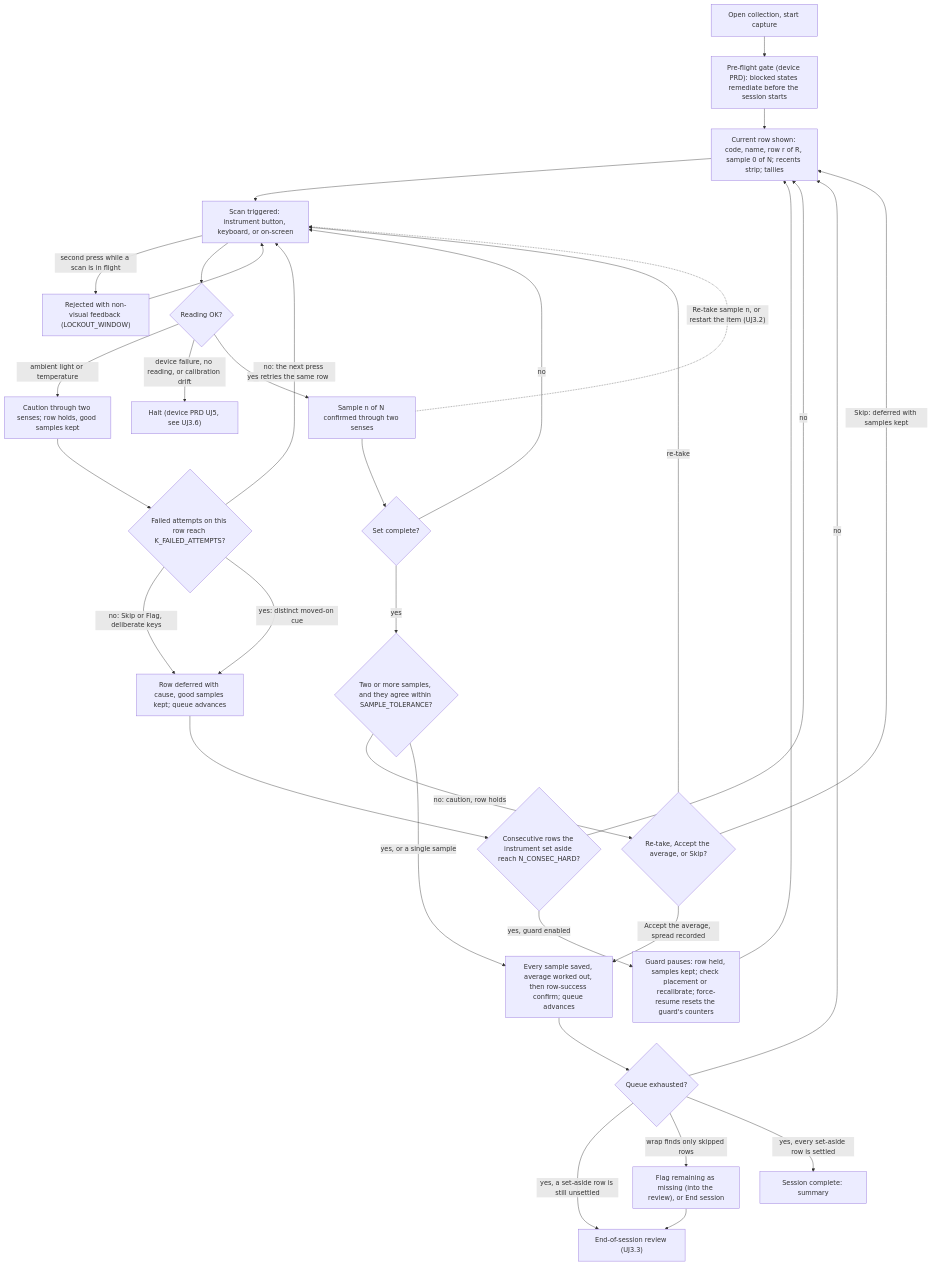
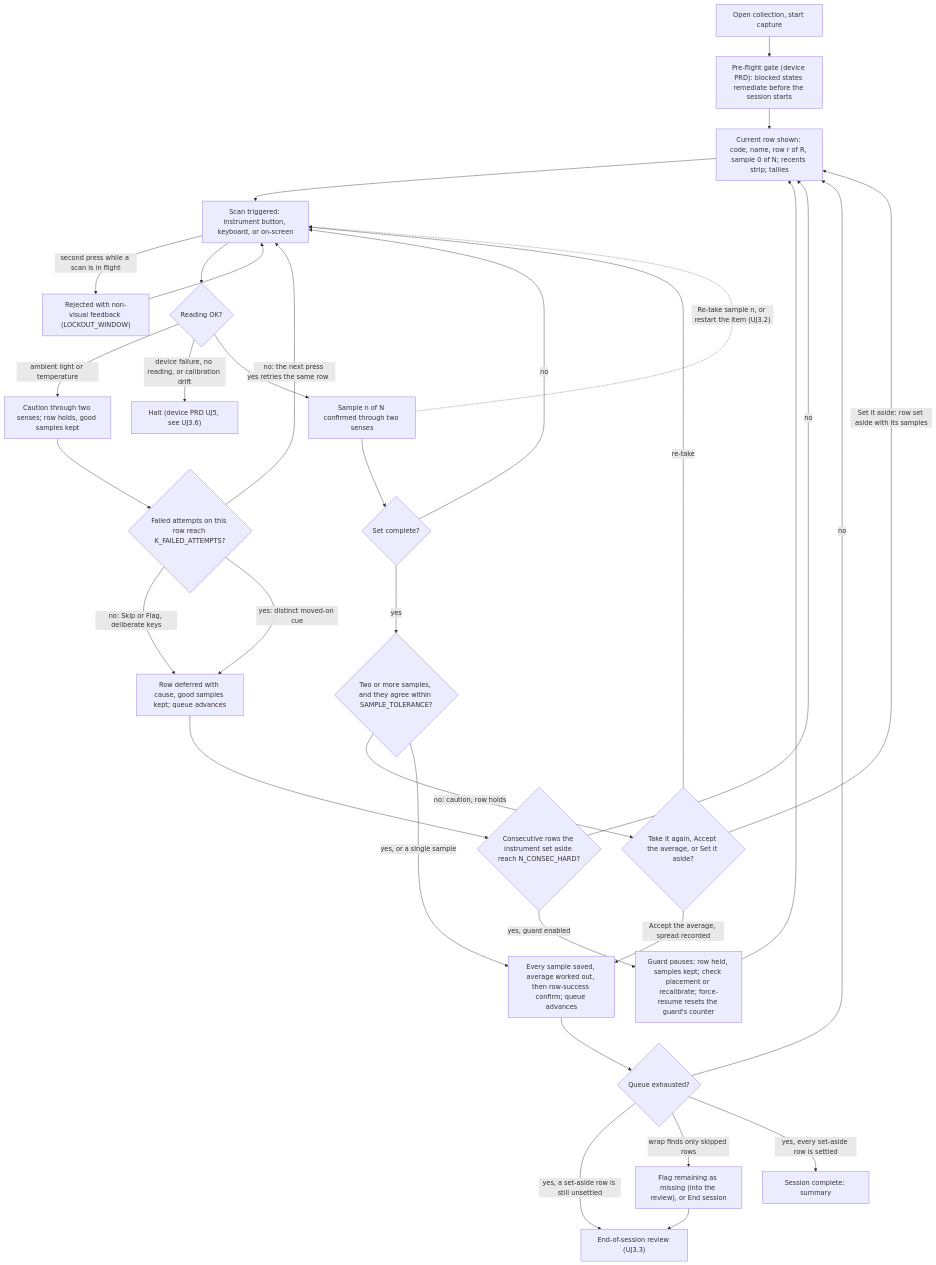
Before and after one commit to vinnyp/spectro-capture: the third of 5 diagrams in docs/product/prd-capture-mode-journeys.md, drawn with Mermaid. The commit also changed other lines of this file and 5 other files, not shown here.

````diff
--- a/docs/product/prd-capture-mode-journeys.md
+++ b/docs/product/prd-capture-mode-journeys.md
@@ -248,35 +248,35 @@
 ```mermaid
 flowchart TD
     A["Open collection, start capture"] --> B["Pre-flight gate (device PRD): blocked states remediate before the session starts"]
     B --> C["Current row shown: code, name, row r of R, sample 0 of N; recents strip; tallies"]
     C --> D["Scan triggered: instrument button, keyboard, or on-screen"]
     D -- "second press while a scan is in flight" --> D1["Rejected with non-visual feedback (LOCKOUT_WINDOW)"]
     D1 --> D
     D --> E{Reading OK?}
     E -- "ambient light or temperature" --> F["Caution through two senses; row holds, good samples kept"]
     F --> F2{"Failed attempts on this row reach K_FAILED_ATTEMPTS?"}
     F2 -- "no: the next press retries the same row" --> D
     F2 -- "no: Skip or Flag, deliberate keys" --> F3["Row deferred with cause, good samples kept; queue advances"]
     F2 -- "yes: distinct moved-on cue" --> F3
     F3 --> K{"Consecutive rows the instrument set aside reach N_CONSEC_HARD?"}
-    K -- "yes, guard enabled" --> L["Guard pauses: row held, samples kept; check placement or recalibrate; force-resume resets the guard's counters"]
+    K -- "yes, guard enabled" --> L["Guard pauses: row held, samples kept; check placement or recalibrate; force-resume resets the guard's counter"]
     L --> C
     K -- no --> C
     E -- "device failure, no reading, or calibration drift" --> X["Halt (device PRD UJ5, see UJ3.6)"]
     E -- yes --> G["Sample n of N confirmed through two senses"]
     G --> H{Set complete?}
     H -- no --> D
     G -. "Re-take sample n, or restart the item (UJ3.2)" .-> D
     H -- yes --> I{"Two or more samples, and they agree within SAMPLE_TOLERANCE?"}
-    I -- "no: caution, row holds" --> I1{"Re-take, Accept the average, or Skip?"}
+    I -- "no: caution, row holds" --> I1{"Take it again, Accept the average, or Set it aside?"}
     I1 -- "re-take" --> D
     I1 -- "Accept the average, spread recorded" --> J
-    I1 -- "Skip: deferred with samples kept" --> C
+    I1 -- "Set it aside: row set aside with its samples" --> C
     I -- "yes, or a single sample" --> J["Every sample saved, average worked out, then row-success confirm; queue advances"]
     J --> M{Queue exhausted?}
     M -- no --> C
     M -- "yes, a set-aside row is still unsettled" --> N["End-of-session review (UJ3.3)"]
     M -- "wrap finds only skipped rows" --> N2["Flag remaining as missing (into the review), or End session"]
     N2 --> N
     M -- "yes, every set-aside row is settled" --> O["Session complete: summary"]
 ```
````
